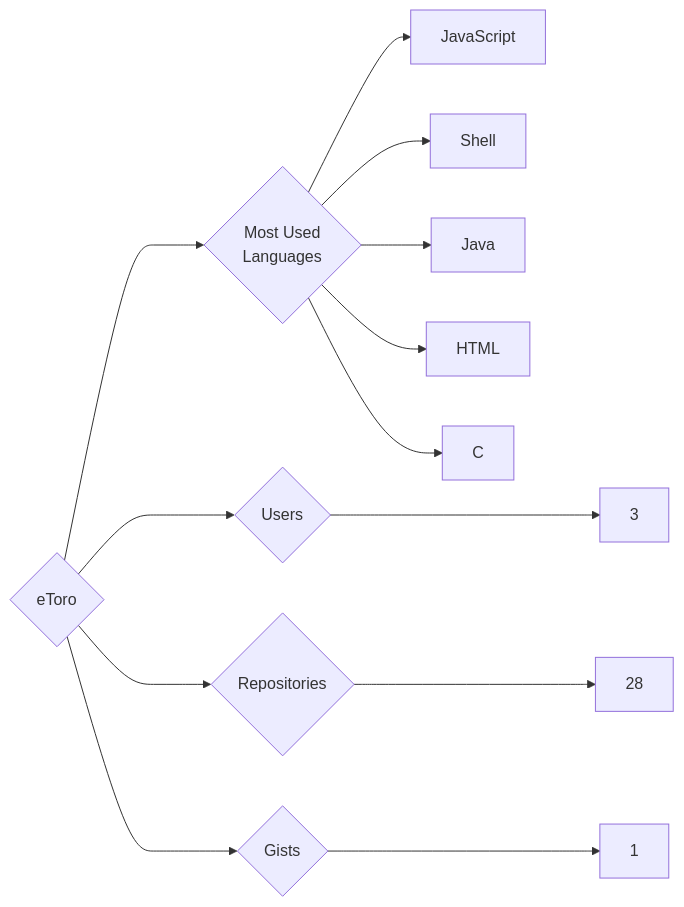
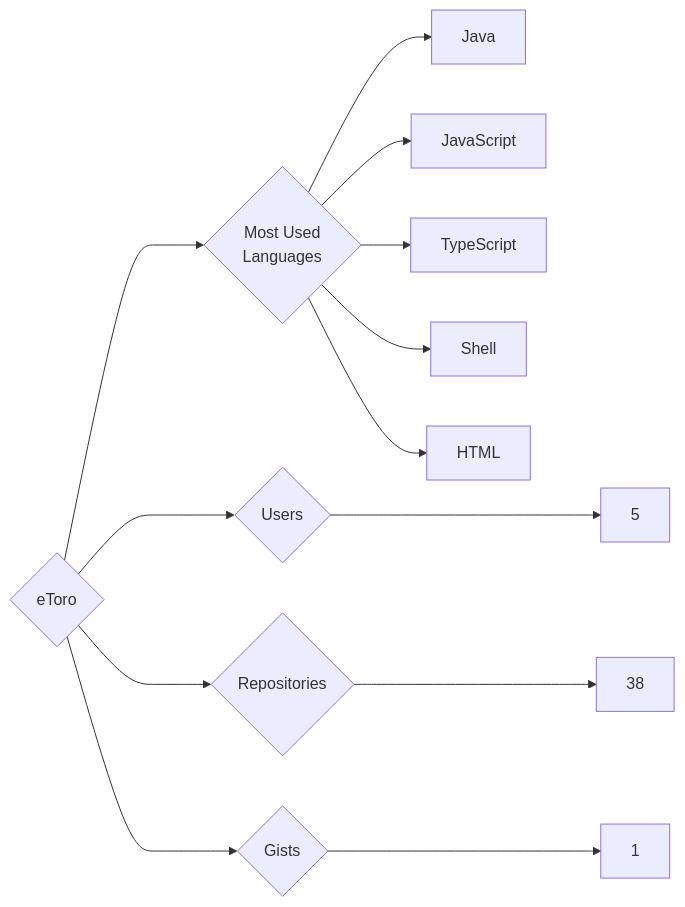
One commit to trickest/insiders changed the diagram in targets/eToro/README.md. Above: the diagram before and after it, drawn with Mermaid. The commit also changed 942 other files, not shown here.

````diff
--- a/targets/eToro/README.md
+++ b/targets/eToro/README.md
@@ -3,13 +3,13 @@
 ```mermaid
 graph LR
 COMPANY_NAME{eToro}
-COMPANY_NAME ---> U{Users} ---> UN[3]
-COMPANY_NAME ---> R{Repositories} ---> RN[28]
+COMPANY_NAME ---> U{Users} ---> UN[5]
+COMPANY_NAME ---> R{Repositories} ---> RN[38]
 COMPANY_NAME ---> G{Gists} ---> GN[1]
 COMPANY_NAME ---> ML{Most Used<br>Languages}
+ML --> Java[Java]
 ML --> JavaScript[JavaScript]
+ML --> TypeScript[TypeScript]
 ML --> Shell[Shell]
-ML --> Java[Java]
 ML --> HTML[HTML]
-ML --> C[C]
 ```
````
